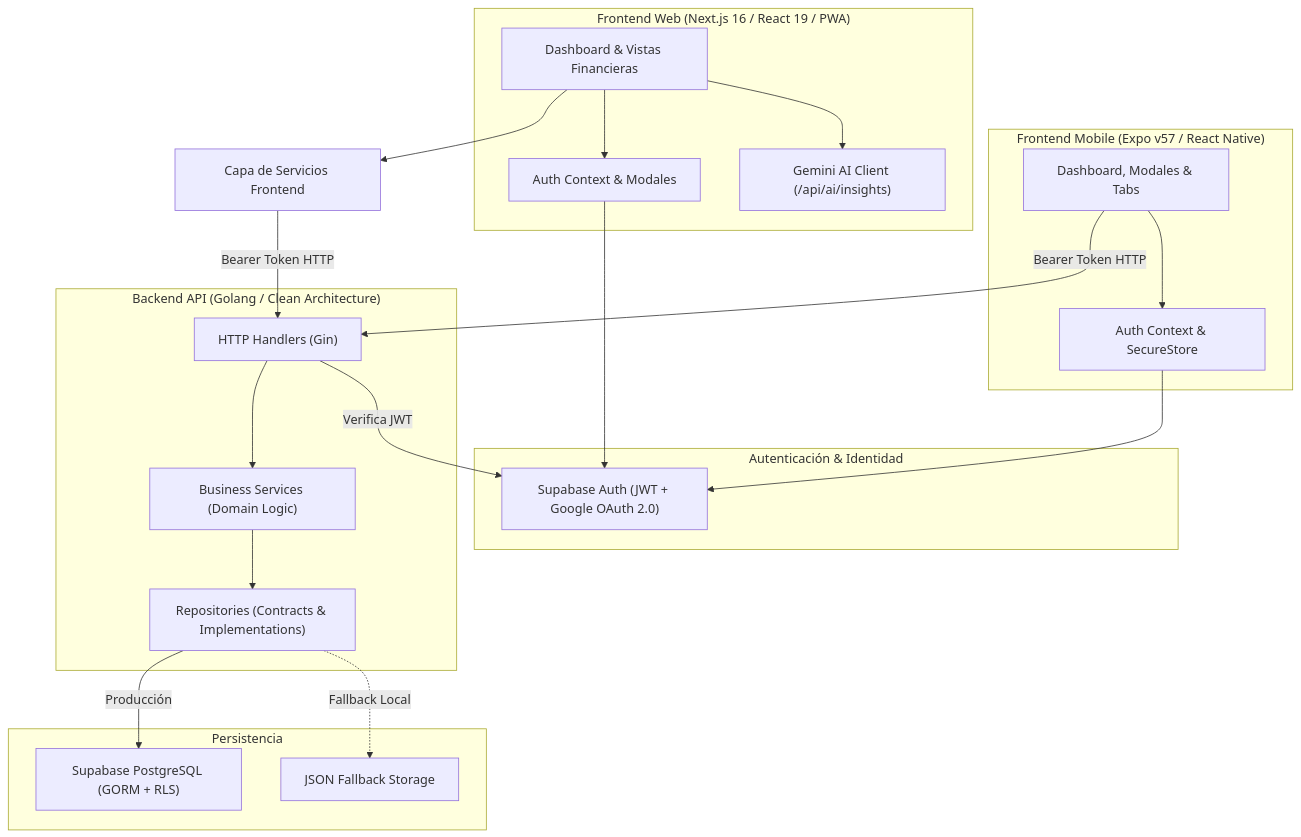
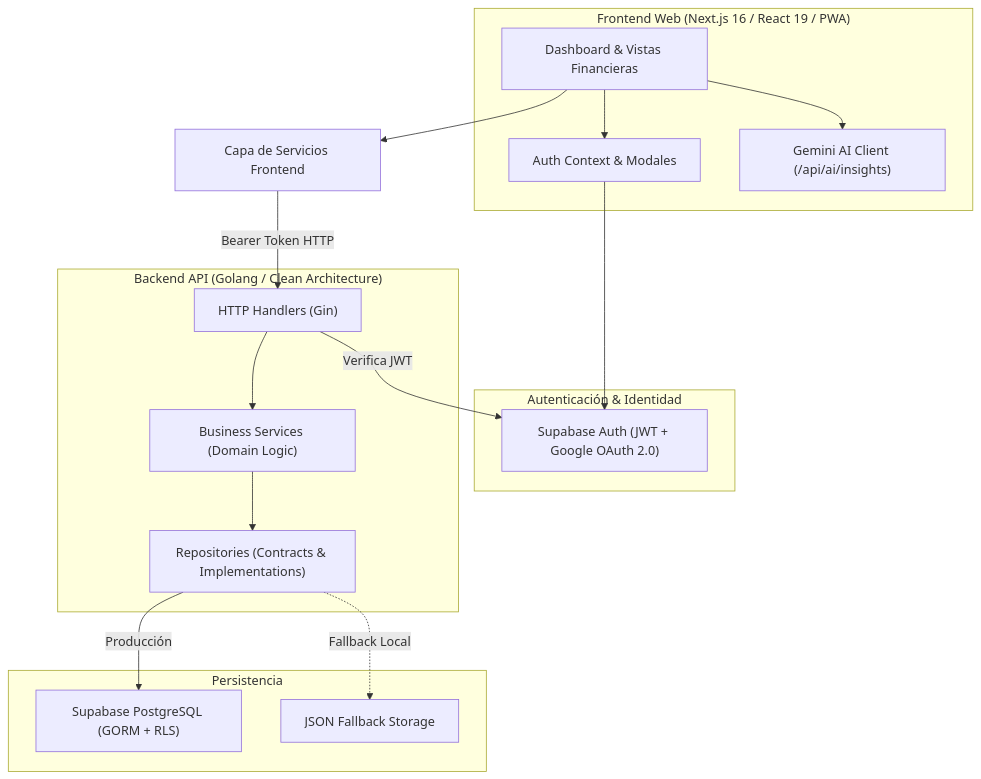
One commit to TonyBrTs/Fintrack changed the diagram in README.md. Above: the diagram before and after it, drawn with Mermaid. The commit also changed other lines of this file and 67 other files, not shown here.

Commit message:
Remove the Expo mobile app

````diff
--- a/README.md
+++ b/README.md
@@ -26,42 +25,34 @@
 ```mermaid
 graph TB
     subgraph WebClient ["Frontend Web (Next.js 16 / React 19 / PWA)"]
         UI["Dashboard & Vistas Financieras"]
         AuthCtx["Auth Context & Modales"]
         AIClient["Gemini AI Client (/api/ai/insights)"]
-    end
-
-    subgraph MobileClient ["Frontend Mobile (Expo v57 / React Native)"]
-        MobileUI["Dashboard, Modales & Tabs"]
-        MobileAuth["Auth Context & SecureStore"]
     end
 
     subgraph AuthSecurity ["Autenticación & Identidad"]
         SupabaseAuth["Supabase Auth (JWT + Google OAuth 2.0)"]
     end
 
     subgraph BackendGo ["Backend API (Golang / Clean Architecture)"]
         Handlers["HTTP Handlers (Gin)"]
         Services["Business Services (Domain Logic)"]
         Repos["Repositories (Contracts & Implementations)"]
     end
 
     subgraph DataStorage ["Persistencia"]
         GormPostgres["Supabase PostgreSQL (GORM + RLS)"]
         MemoryJSON["JSON Fallback Storage"]
     end
 
     UI --> AuthCtx
     UI --> AIClient
     UI --> ServicesLayer["Capa de Servicios Frontend"]
     ServicesLayer -->|Bearer Token HTTP| Handlers
-    MobileUI --> MobileAuth
-    MobileUI -->|Bearer Token HTTP| Handlers
     Handlers --> Services
     Services --> Repos
     Repos -->|Producción| GormPostgres
     Repos -.->|Fallback Local| MemoryJSON
     AuthCtx --> SupabaseAuth
-    MobileAuth --> SupabaseAuth
     Handlers -->|Verifica JWT| SupabaseAuth
 ```
````
